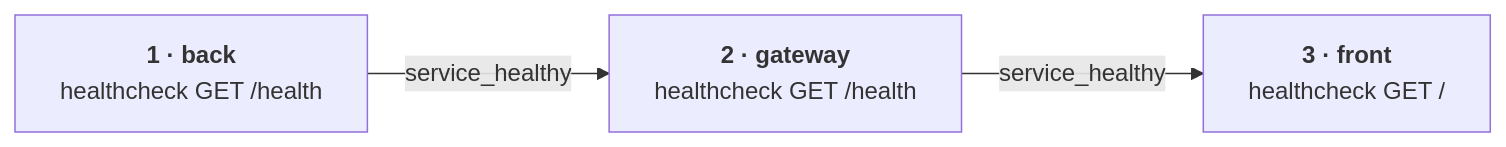
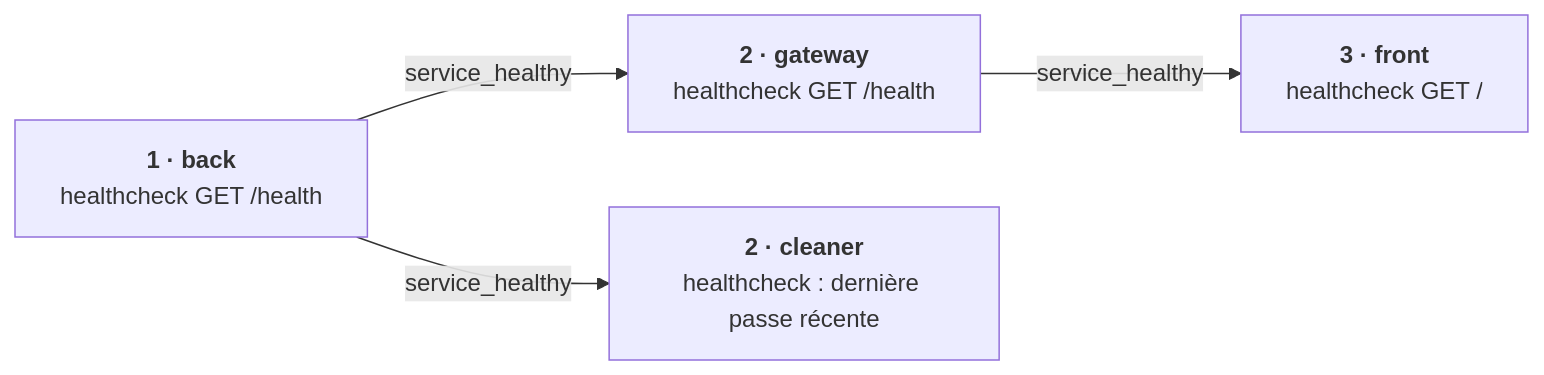
Before and after one commit to AbadieThomasPro/M2_TP_Docker: the fourth of 4 diagrams in README.md, drawn with Mermaid. The commit also changed other lines of this file and 8 other files, not shown here.

````diff
--- a/README.md
+++ b/README.md
@@ -114,4 +140,5 @@
 ```mermaid
 flowchart LR
   B["<b>1 · back</b><br/>healthcheck GET /health"] -- "service_healthy" --> G["<b>2 · gateway</b><br/>healthcheck GET /health"] -- "service_healthy" --> F["<b>3 · front</b><br/>healthcheck GET /"]
+  B -- "service_healthy" --> C["<b>2 · cleaner</b><br/>healthcheck : dernière passe récente"]
 ```
````
